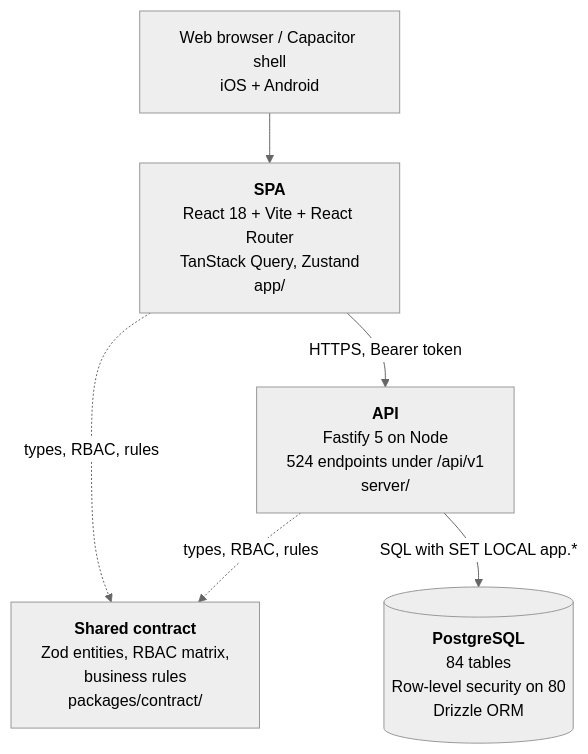
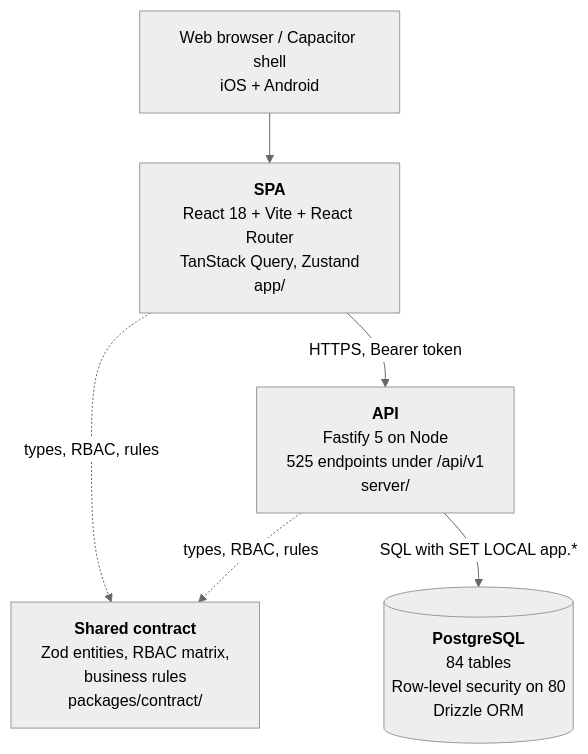
The second of 4 diagrams in docs/15_C4_ARCHITECTURE_DIAGRAMS/C4_MODEL.md (tazamohd/SlClNe), drawn with Mermaid (neutral theme) before and after one commit. The commit also changed other lines of this file and 42 other files, not shown here.

````diff
--- a/docs/15_C4_ARCHITECTURE_DIAGRAMS/C4_MODEL.md
+++ b/docs/15_C4_ARCHITECTURE_DIAGRAMS/C4_MODEL.md
@@ -42,13 +42,13 @@
 ```mermaid
 flowchart TB
   browser["Web browser / Capacitor shell<br/>iOS + Android"]
   spa["<b>SPA</b><br/>React 18 + Vite + React Router<br/>TanStack Query, Zustand<br/>app/"]
-  api["<b>API</b><br/>Fastify 5 on Node<br/>524 endpoints under /api/v1<br/>server/"]
+  api["<b>API</b><br/>Fastify 5 on Node<br/>525 endpoints under /api/v1<br/>server/"]
   contract["<b>Shared contract</b><br/>Zod entities, RBAC matrix,<br/>business rules<br/>packages/contract/"]
   db[("<b>PostgreSQL</b><br/>84 tables<br/>Row-level security on 80<br/>Drizzle ORM")]
   browser --> spa
   spa -->|"HTTPS, Bearer token"| api
   spa -.->|"types, RBAC, rules"| contract
   api -.->|"types, RBAC, rules"| contract
   api -->|"SQL with SET LOCAL app.*"| db
 ```
````
